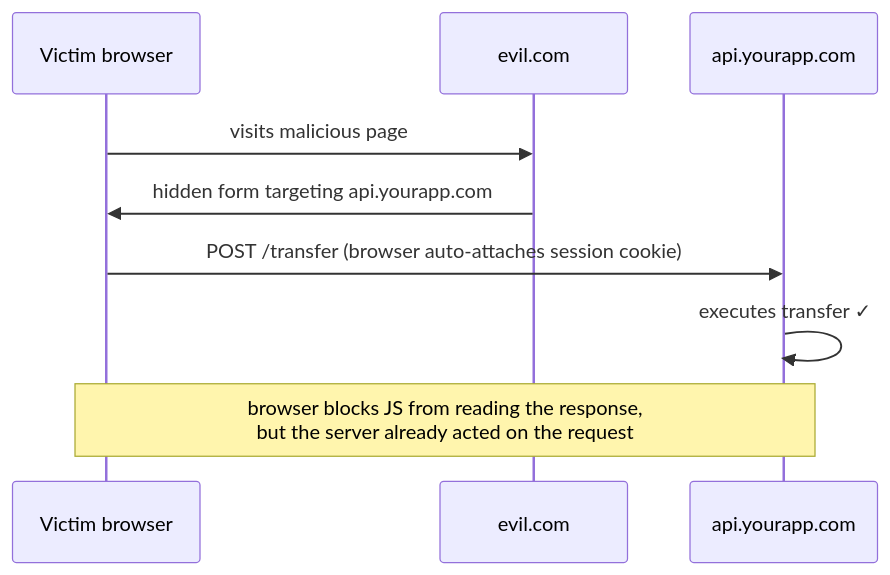
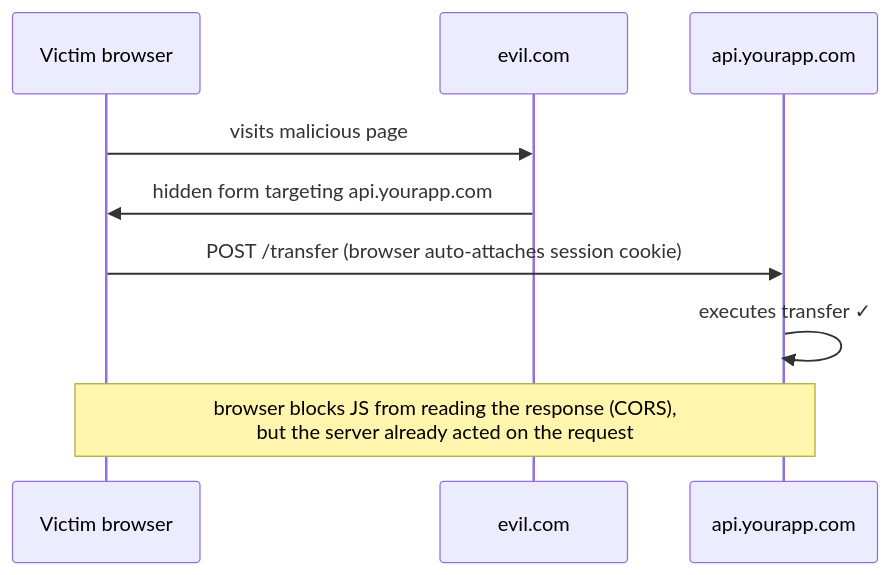
Before and after one commit to tkachenko0/article-the-browser-that-knew-too-much: the first of 4 diagrams in README.md, drawn with Mermaid. The commit also changed other lines of this file, not shown here.

````diff
--- a/README.md
+++ b/README.md
@@ -56,12 +48,12 @@
 ```mermaid
 sequenceDiagram
     participant V as Victim browser
     participant E as evil.com
     participant A as api.yourapp.com
 
     V->>E: visits malicious page
     E->>V: hidden form targeting api.yourapp.com
     V->>A: POST /transfer (browser auto-attaches session cookie)
     A->>A: executes transfer ✓
-    Note over A,V: browser blocks JS from reading the response,<br/>but the server already acted on the request
+    Note over A,V: browser blocks JS from reading the response (CORS),<br/>but the server already acted on the request
 ```
````
